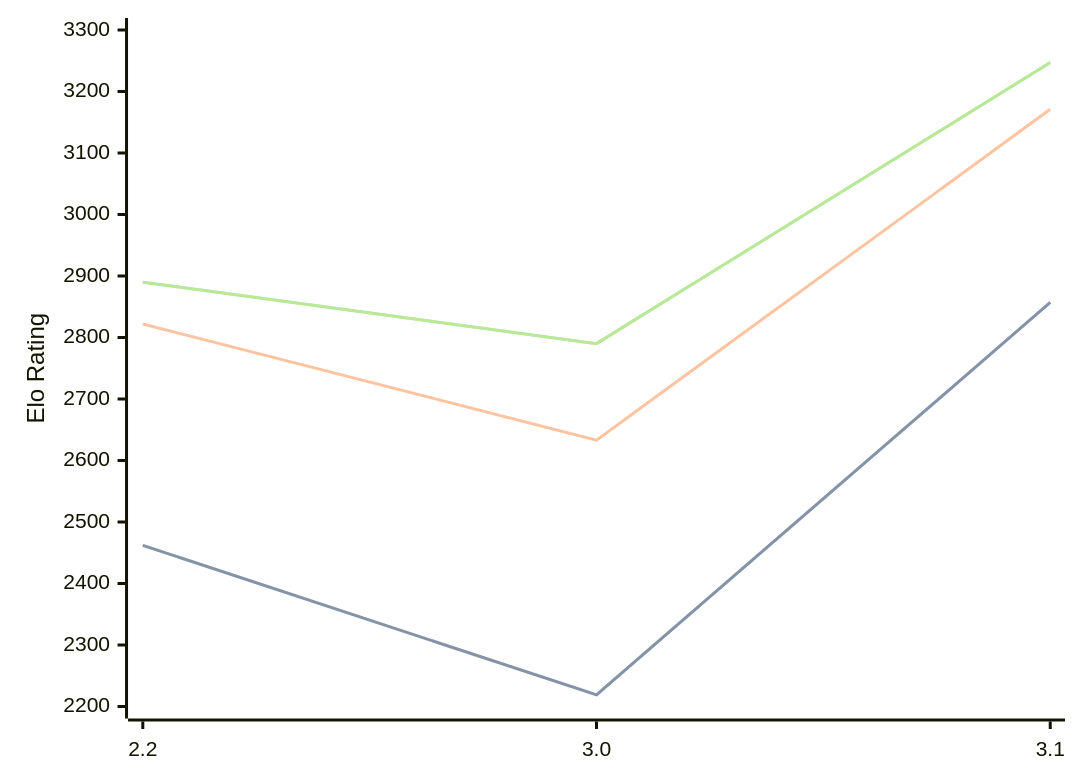
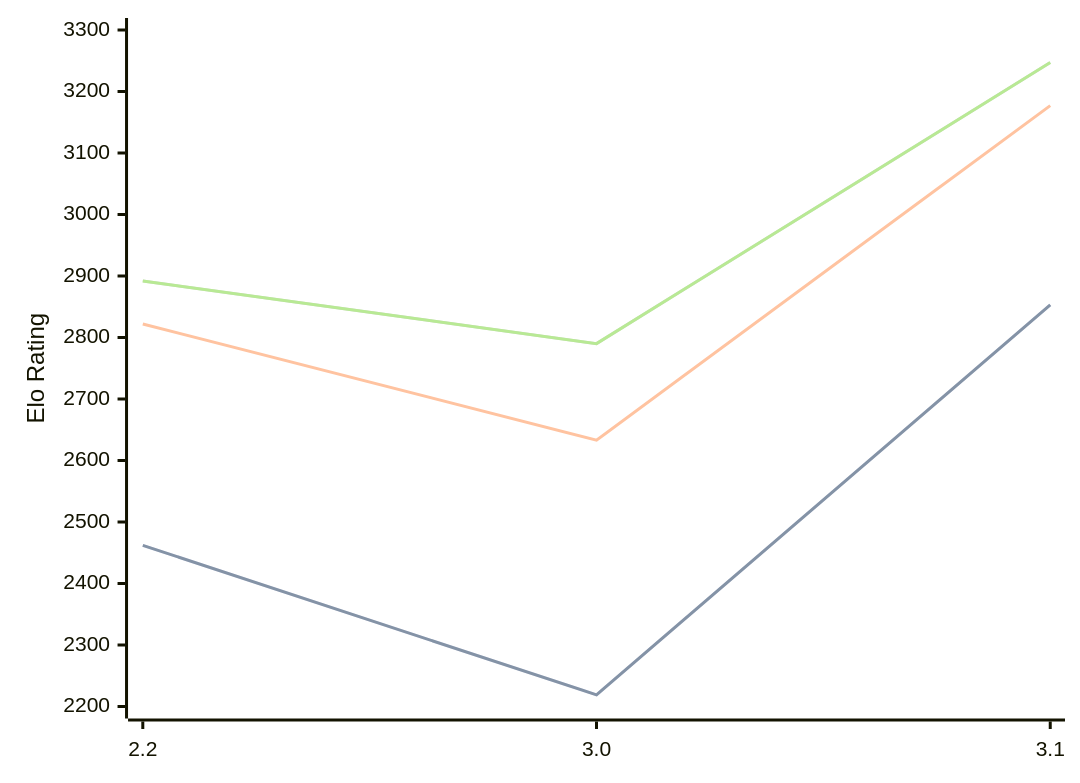
The third of 3 diagrams in engines/Thrawn.md (computer-chess-index/cci), drawn with Mermaid before and after one commit. The commit also changed other lines of this file, not shown here.

Commit message:
Update CCI Ratings (ELO VLTC) - 2026-07-12

````diff
--- a/engines/Thrawn.md
+++ b/engines/Thrawn.md
@@ -74,11 +74,11 @@
 ```mermaid
 %%{init: {"theme":"base","themeVariables":{"seriesColors:['#a3a3a3','#222221','#faa371']}}}%%
 xychart-beta
   x-axis ["2.2", "3.0", "3.1"]
   y-axis "Elo Rating" 2200 --> 3300
-  line "STC (8.0+0.08s)" [2462, 2219, 2857]
-  line "STC (8.0+0.08s)" [2462, 2219, 2857]
-  line "LTC (60.0+0.60s)" [2822, 2633, 3171]
-  line "VLTC (2m24s+1.12s)" [2890, 2790, 3247]
-  line "VLTC (2m24s+1.12s)" [2890, 2790, 3247]
+  line "STC (8.0+0.08s)" [2462, 2219, 2853]
+  line "STC (8.0+0.08s)" [2462, 2219, 2853]
+  line "LTC (60.0+0.60s)" [2822, 2633, 3177]
+  line "VLTC (2m24s+1.12s)" [2892, 2790, 3247]
+  line "VLTC (2m24s+1.12s)" [2892, 2790, 3247]
 ```
````
